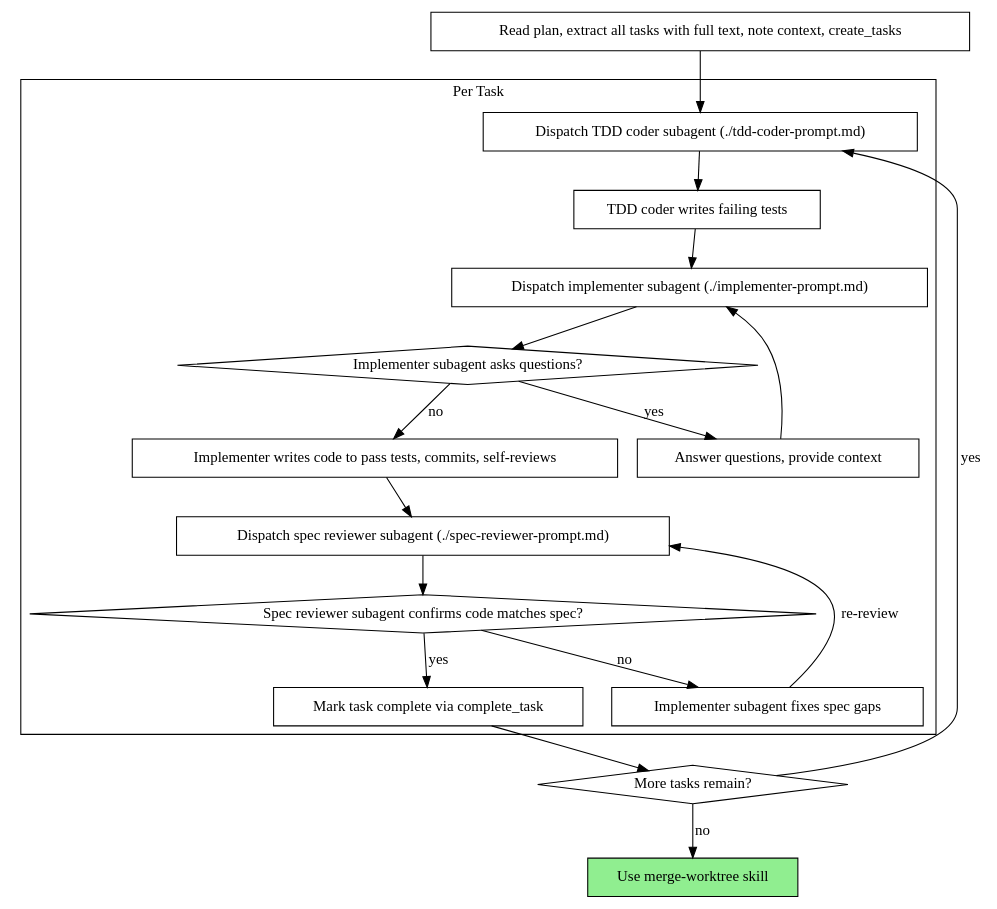
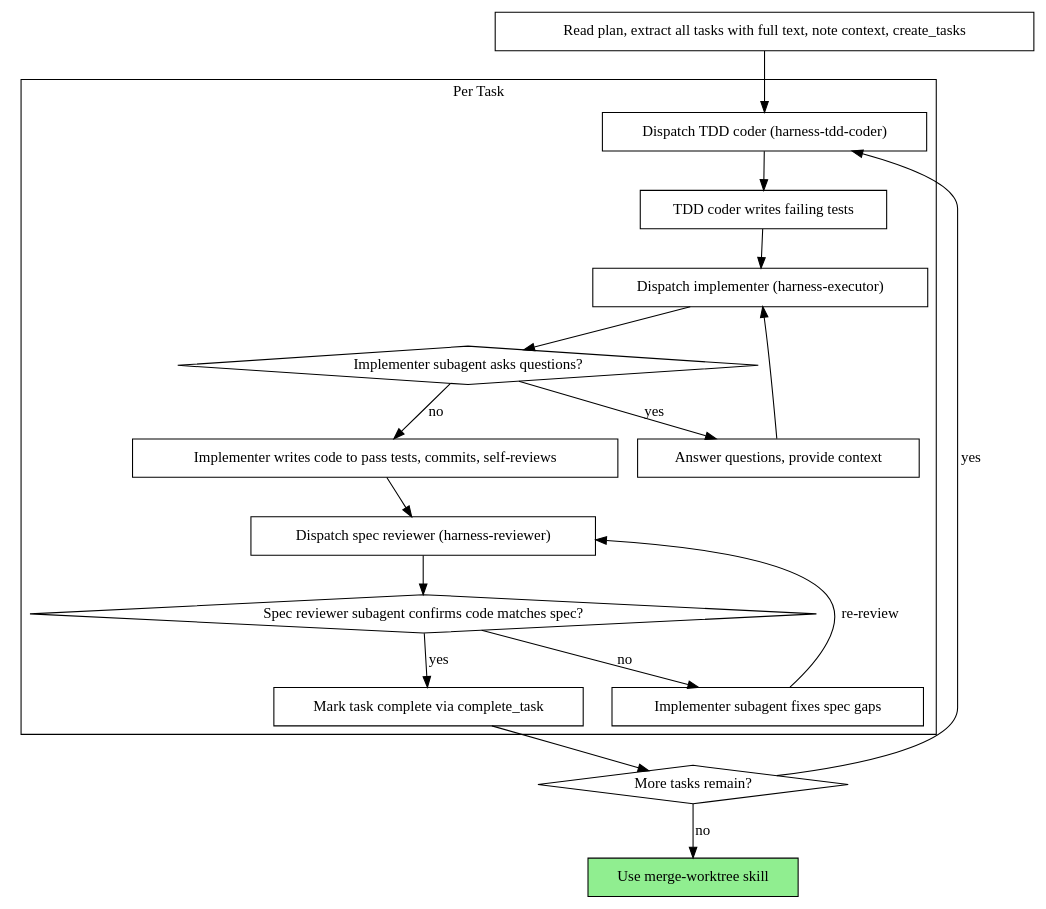
The second of 2 diagrams in skills/xyz-harness-subagent-driven-development/SKILL.md (zhushanwen321/xyz-harness), drawn with Graphviz before and after one commit. The commit also changed other lines of this file and 11 other files, not shown here.

````diff
--- a/skills/xyz-harness-subagent-driven-development/SKILL.md
+++ b/skills/xyz-harness-subagent-driven-development/SKILL.md
@@ -54,39 +64,39 @@
 ```dot
 digraph process {
     rankdir=TB;
 
     subgraph cluster_per_task {
         label="Per Task";
-        "Dispatch TDD coder subagent (./tdd-coder-prompt.md)" [shape=box];
+        "Dispatch TDD coder (harness-tdd-coder)" [shape=box];
         "TDD coder writes failing tests" [shape=box];
-        "Dispatch implementer subagent (./implementer-prompt.md)" [shape=box];
+        "Dispatch implementer (harness-executor)" [shape=box];
         "Implementer subagent asks questions?" [shape=diamond];
         "Answer questions, provide context" [shape=box];
         "Implementer writes code to pass tests, commits, self-reviews" [shape=box];
-        "Dispatch spec reviewer subagent (./spec-reviewer-prompt.md)" [shape=box];
+        "Dispatch spec reviewer (harness-reviewer)" [shape=box];
         "Spec reviewer subagent confirms code matches spec?" [shape=diamond];
         "Implementer subagent fixes spec gaps" [shape=box];
         "Mark task complete via complete_task" [shape=box];
     }
 
     "Read plan, extract all tasks with full text, note context, create_tasks" [shape=box];
     "More tasks remain?" [shape=diamond];
     "Use merge-worktree skill" [shape=box style=filled fillcolor=lightgreen];
 
-    "Read plan, extract all tasks with full text, note context, create_tasks" -> "Dispatch TDD coder subagent (./tdd-coder-prompt.md)";
-    "Dispatch TDD coder subagent (./tdd-coder-prompt.md)" -> "TDD coder writes failing tests";
-    "TDD coder writes failing tests" -> "Dispatch implementer subagent (./implementer-prompt.md)";
-    "Dispatch implementer subagent (./implementer-prompt.md)" -> "Implementer subagent asks questions?";
+    "Read plan, extract all tasks with full text, note context, create_tasks" -> "Dispatch TDD coder (harness-tdd-coder)";
+    "Dispatch TDD coder (harness-tdd-coder)" -> "TDD coder writes failing tests";
+    "TDD coder writes failing tests" -> "Dispatch implementer (harness-executor)";
+    "Dispatch implementer (harness-executor)" -> "Implementer subagent asks questions?";
     "Implementer subagent asks questions?" -> "Answer questions, provide context" [label="yes"];
-    "Answer questions, provide context" -> "Dispatch implementer subagent (./implementer-prompt.md)";
+    "Answer questions, provide context" -> "Dispatch implementer (harness-executor)";
     "Implementer subagent asks questions?" -> "Implementer writes code to pass tests, commits, self-reviews" [label="no"];
-    "Implementer writes code to pass tests, commits, self-reviews" -> "Dispatch spec reviewer subagent (./spec-reviewer-prompt.md)";
-    "Dispatch spec reviewer subagent (./spec-reviewer-prompt.md)" -> "Spec reviewer subagent confirms code matches spec?";
+    "Implementer writes code to pass tests, commits, self-reviews" -> "Dispatch spec reviewer (harness-reviewer)";
+    "Dispatch spec reviewer (harness-reviewer)" -> "Spec reviewer subagent confirms code matches spec?";
     "Spec reviewer subagent confirms code matches spec?" -> "Implementer subagent fixes spec gaps" [label="no"];
-    "Implementer subagent fixes spec gaps" -> "Dispatch spec reviewer subagent (./spec-reviewer-prompt.md)" [label="re-review"];
+    "Implementer subagent fixes spec gaps" -> "Dispatch spec reviewer (harness-reviewer)" [label="re-review"];
     "Spec reviewer subagent confirms code matches spec?" -> "Mark task complete via complete_task" [label="yes"];
     "Mark task complete via complete_task" -> "More tasks remain?";
-    "More tasks remain?" -> "Dispatch TDD coder subagent (./tdd-coder-prompt.md)" [label="yes"];
+    "More tasks remain?" -> "Dispatch TDD coder (harness-tdd-coder)" [label="yes"];
     "More tasks remain?" -> "Use merge-worktree skill" [label="no"];
 }
 ```
````
